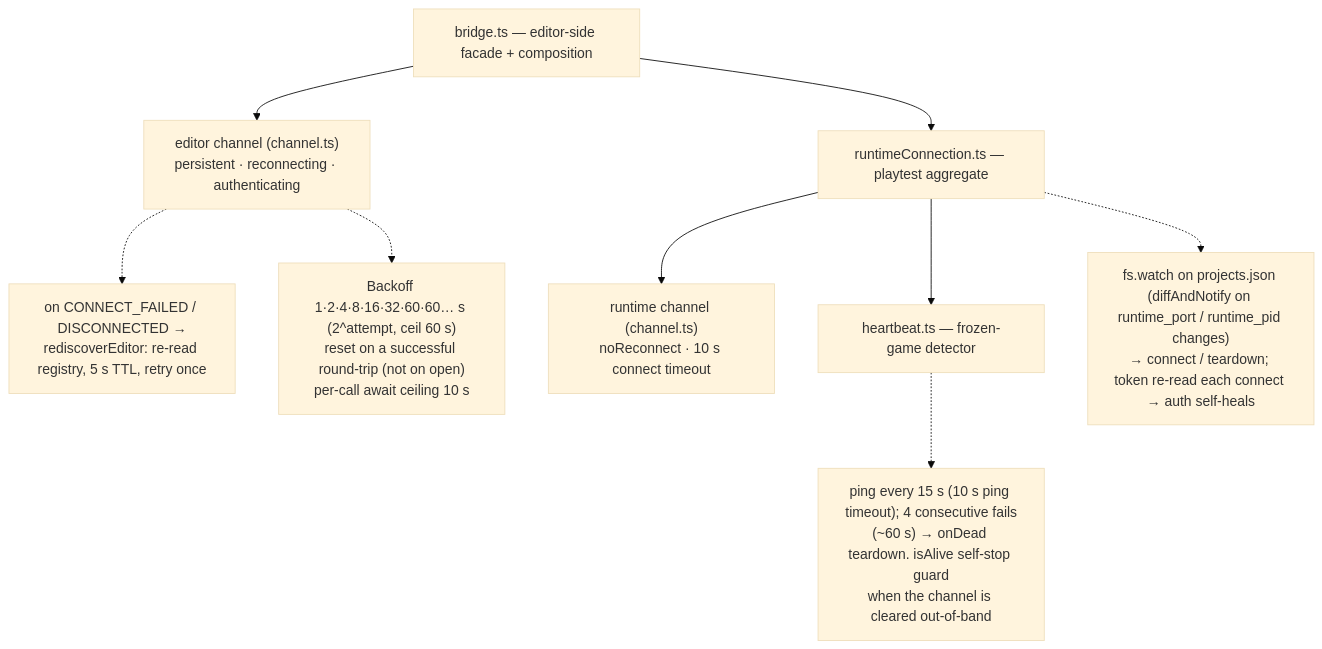
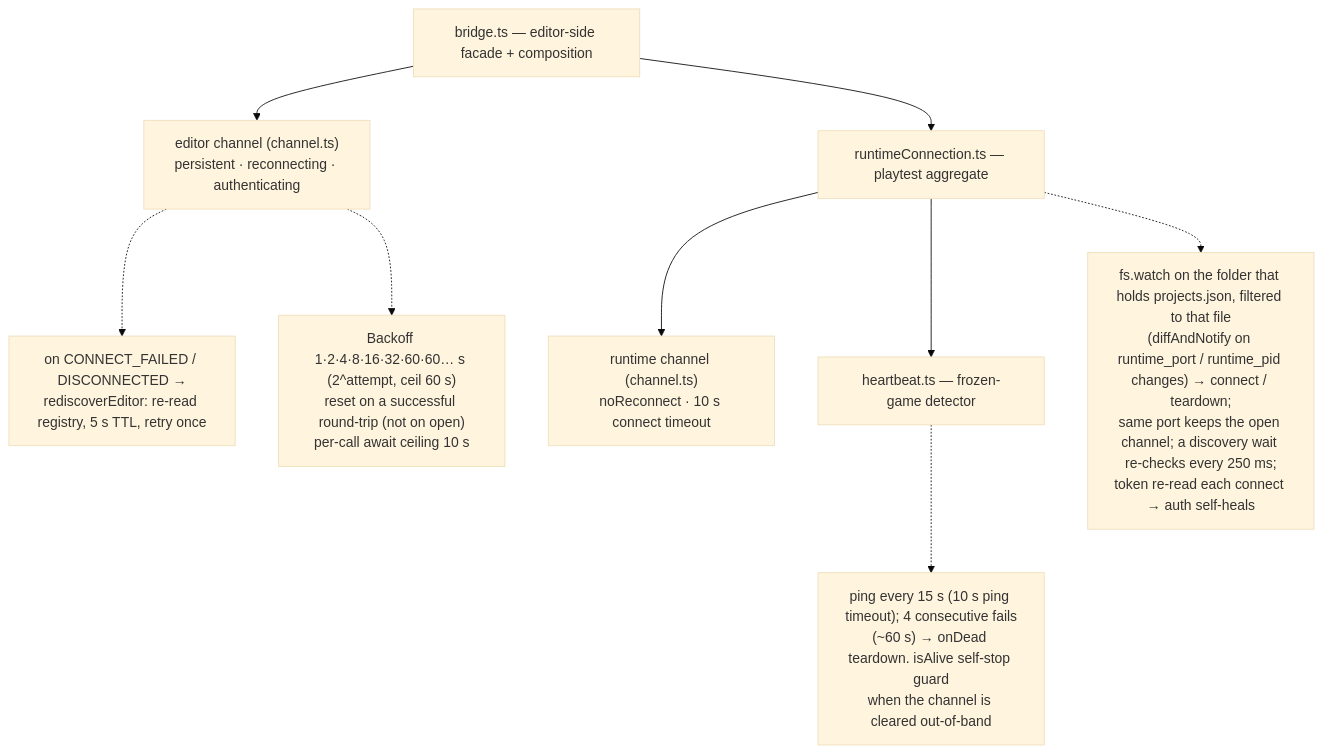
One commit to NPGameDev/godot-mcp-server changed the fifth of 13 diagrams in docs/architecture/README.md. Above: the diagram before and after it, drawn with Mermaid (base theme). The commit also changed other lines of this file, not shown here.

````diff
--- a/docs/architecture/README.md
+++ b/docs/architecture/README.md
@@ -349,20 +349,20 @@
 ```mermaid
 flowchart TD
     bridge["bridge.ts — editor-side facade + composition"]
     editor["editor channel (channel.ts)<br/>persistent · reconnecting · authenticating"]
     rc["runtimeConnection.ts — playtest aggregate"]
     runtime["runtime channel (channel.ts)<br/>noReconnect · 10 s connect timeout"]
     hb["heartbeat.ts — frozen-game detector"]
     bridge --> editor
     bridge --> rc
     rc --> runtime
     rc --> hb
     redisc["on CONNECT_FAILED / DISCONNECTED →<br/>rediscoverEditor: re-read registry, 5 s TTL, retry once"]
     editor -.-> redisc
     note1["Backoff 1·2·4·8·16·32·60·60… s (2^attempt, ceil 60 s)<br/>reset on a successful round-trip (not on open)<br/>per-call await ceiling 10 s"]
     editor -.-> note1
     note2["ping every 15 s (10 s ping timeout); 4 consecutive fails<br/>(~60 s) → onDead teardown. isAlive self-stop guard<br/>when the channel is cleared out-of-band"]
     hb -.-> note2
-    note3["fs.watch on projects.json (diffAndNotify on runtime_port / runtime_pid changes)<br/>→ connect / teardown; token re-read each connect → auth self-heals"]
+    note3["fs.watch on the folder that holds projects.json, filtered to that file<br/>(diffAndNotify on runtime_port / runtime_pid changes) → connect / teardown;<br/>same port keeps the open channel; a discovery wait re-checks every 250 ms;<br/>token re-read each connect → auth self-heals"]
     rc -.-> note3
 ```
````
